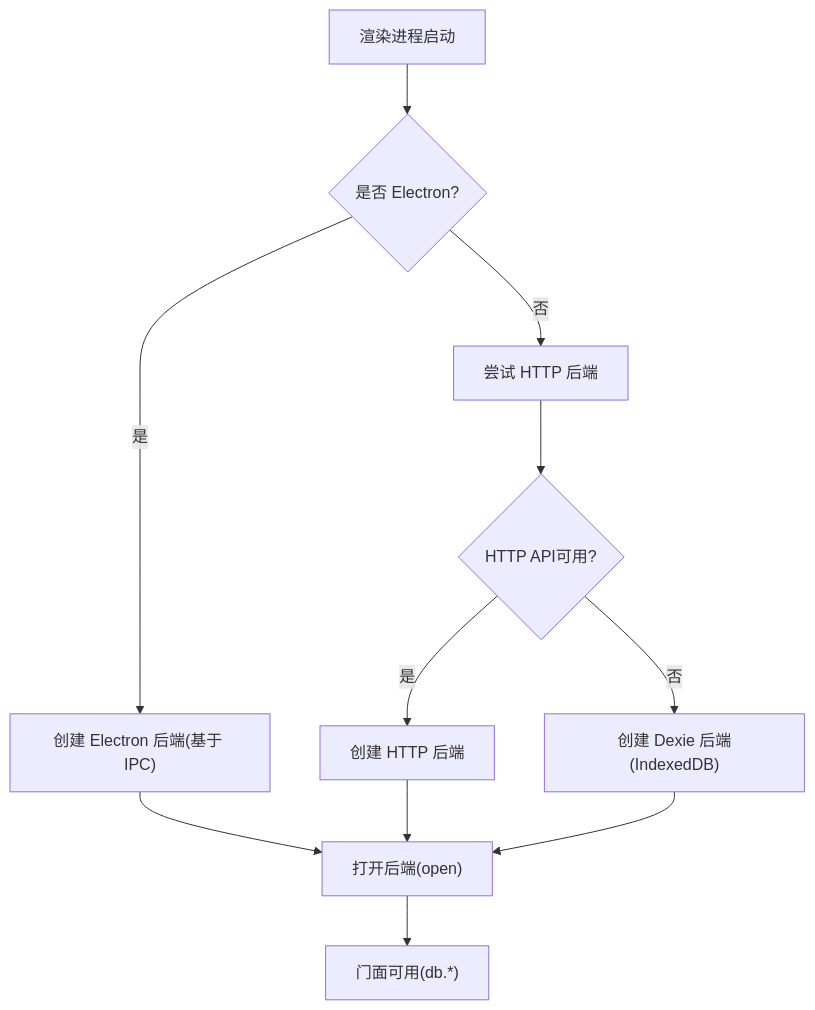
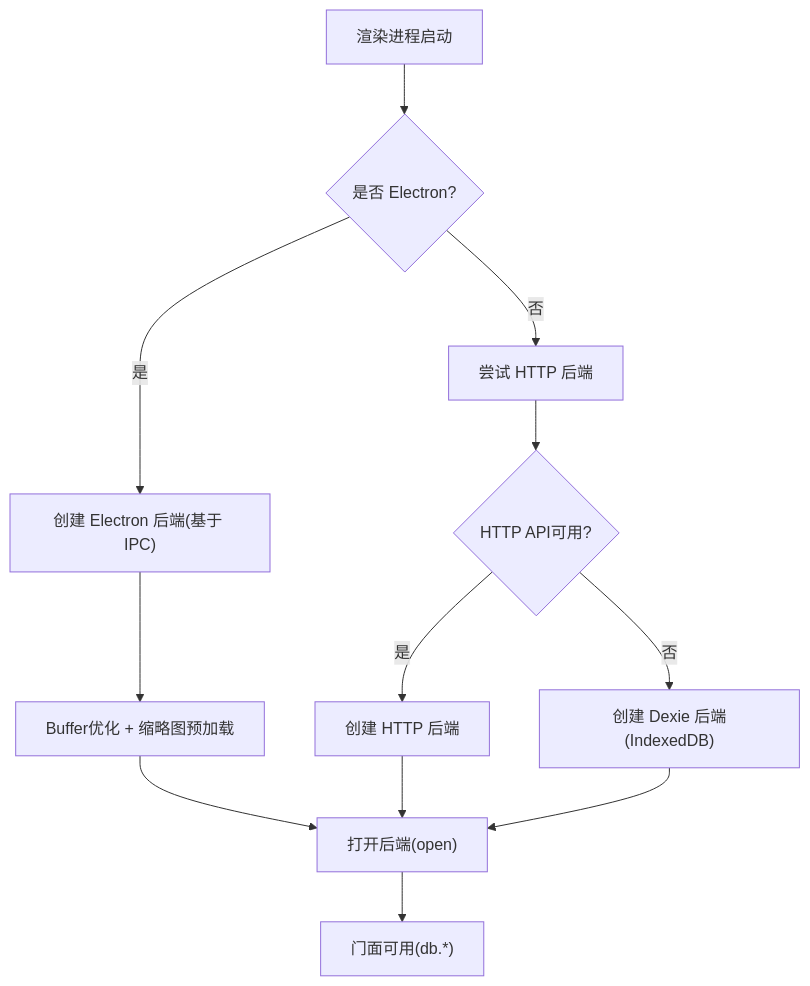
Before and after one commit to AlbusWei/AI-Image-Studio: the fifth of 14 diagrams in .qoder/repowiki/zh/content/架构设计/Electron 桌面应用架构.md, drawn with Mermaid. The commit also changed other lines of this file and 26 other files, not shown here.

Commit message:
fix: 修复 Gallery 图片显示 broken image 问题

````diff
--- a/.qoder/repowiki/zh/content/架构设计/Electron 桌面应用架构.md
+++ b/.qoder/repowiki/zh/content/架构设计/Electron 桌面应用架构.md
@@ -314,13 +355,14 @@
 ```mermaid
 flowchart TD
 Boot["渲染进程启动"] --> Detect{"是否 Electron?"}
 Detect --> |是| UseIPC["创建 Electron 后端(基于 IPC)"]
+UseIPC --> Optimize["Buffer优化 + 缩略图预加载"]
+Optimize --> Open["打开后端(open)"]
 Detect --> |否| TryHTTP["尝试 HTTP 后端"]
 TryHTTP --> HTTPCheck{"HTTP API可用?"}
 HTTPCheck --> |是| UseHTTP["创建 HTTP 后端"]
 HTTPCheck --> |否| UseDexie["创建 Dexie 后端(IndexedDB)"]
-UseIPC --> Open["打开后端(open)"]
 UseHTTP --> Open
 UseDexie --> Open
 Open --> Ready["门面可用(db.*)"]
 ```
````
